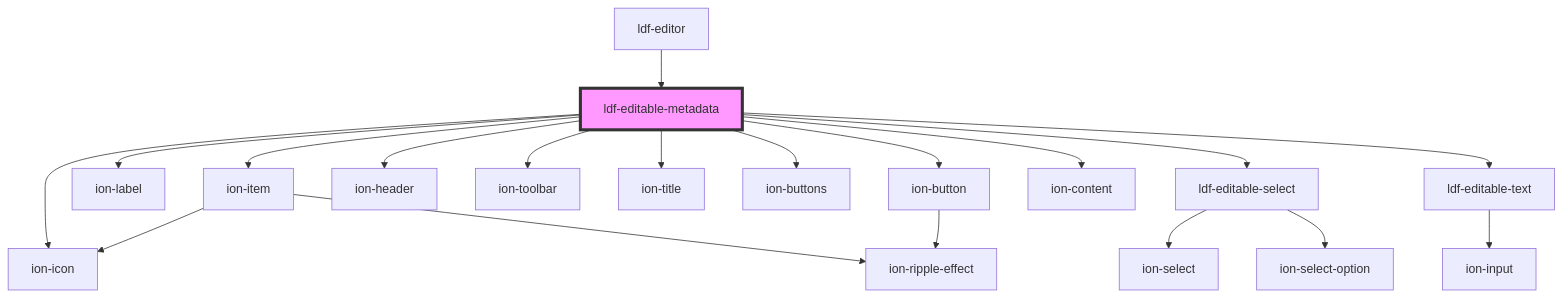
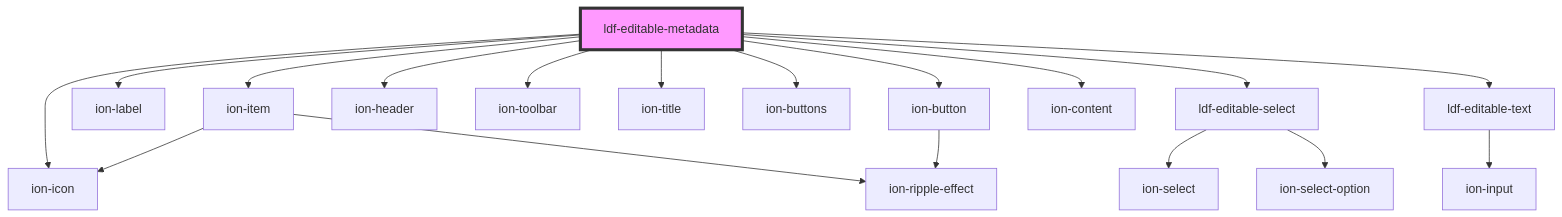
One commit to gbj/venite changed the diagram in components/src/components/editable-metadata/readme.md. Above: the diagram before and after it, drawn with Mermaid. The commit also changed other lines of this file and 10 other files, not shown here.

````diff
--- a/components/src/components/editable-metadata/readme.md
+++ b/components/src/components/editable-metadata/readme.md
@@ -40,22 +36,21 @@
 ```mermaid
 graph TD;
   ldf-editable-metadata --> ion-item
   ldf-editable-metadata --> ion-label
   ldf-editable-metadata --> ldf-editable-select
   ldf-editable-metadata --> ion-header
   ldf-editable-metadata --> ion-toolbar
   ldf-editable-metadata --> ion-title
   ldf-editable-metadata --> ion-buttons
   ldf-editable-metadata --> ion-button
   ldf-editable-metadata --> ion-icon
   ldf-editable-metadata --> ion-content
   ldf-editable-metadata --> ldf-editable-text
   ion-item --> ion-icon
   ion-item --> ion-ripple-effect
   ldf-editable-select --> ion-select
   ldf-editable-select --> ion-select-option
   ion-button --> ion-ripple-effect
   ldf-editable-text --> ion-input
-  ldf-editor --> ldf-editable-metadata
   style ldf-editable-metadata fill:#f9f,stroke:#333,stroke-width:4px
 ```
````
